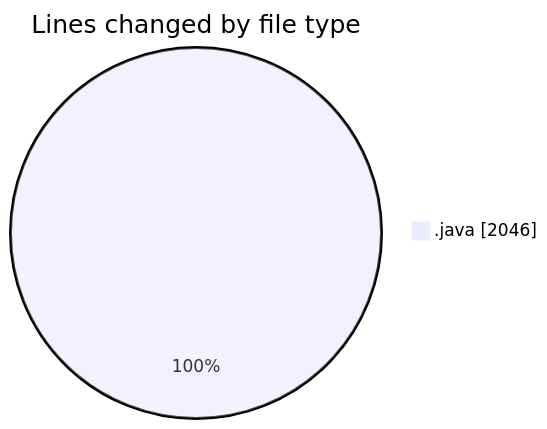
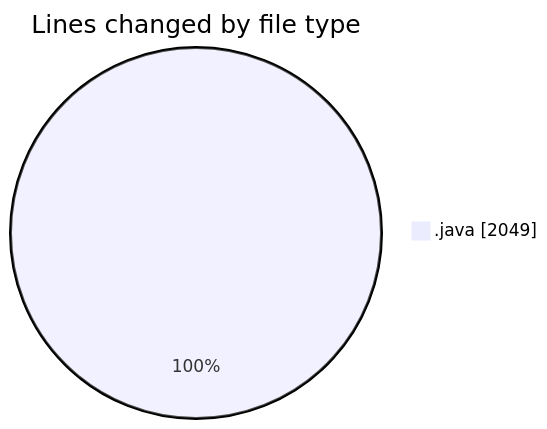
Before and after one commit to ricardozamudiocil/code-tracking: the first of 2 diagrams in 2026-04-30/cilapp/README.md, drawn with Mermaid. The commit also changed other lines of this file and 1 other file, not shown here.

````diff
--- a/2026-04-30/cilapp/README.md
+++ b/2026-04-30/cilapp/README.md
@@ -24,5 +24,5 @@
 ```mermaid
 pie showData
 title Lines changed by file type
-".java" : 2046
+".java" : 2049
 ```
````
